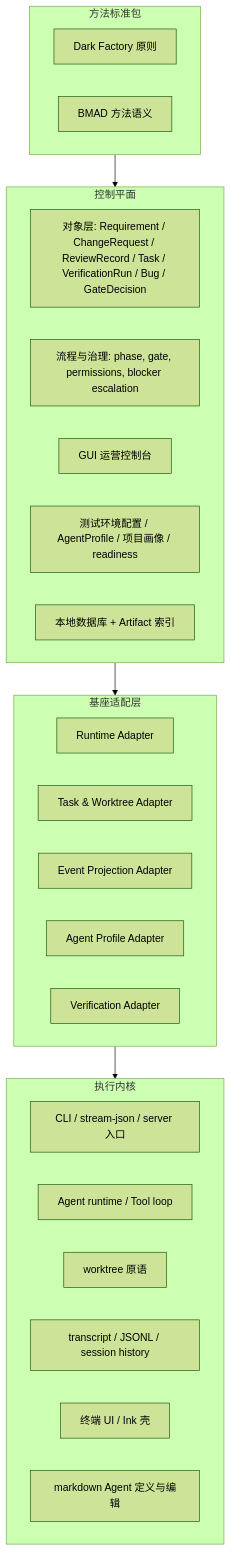
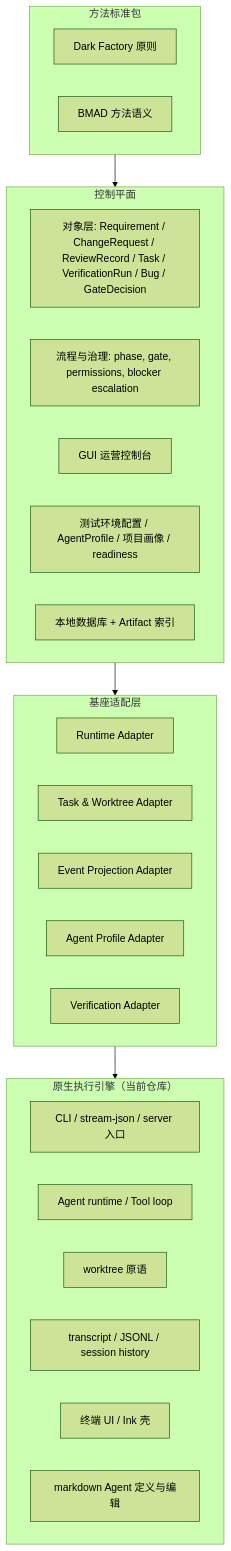
The second of 4 diagrams in docs/acf-blueprint.md (KilimiaoSix/ai-coding-factory), drawn with Mermaid (forest theme) before and after one commit. The commit also changed other lines of this file and 6 other files, not shown here.

````diff
--- a/docs/acf-blueprint.md
+++ b/docs/acf-blueprint.md
@@ -331,36 +335,36 @@
 ```mermaid
 flowchart TB
     subgraph MS["方法标准包"]
       DF["Dark Factory 原则"]
       BM["BMAD 方法语义"]
     end
 
     subgraph CP["控制平面"]
       OBJ["对象层: Requirement / ChangeRequest / ReviewRecord / Task / VerificationRun / Bug / GateDecision"]
       POL["流程与治理: phase, gate, permissions, blocker escalation"]
       GUI["GUI 运营控制台"]
       CFG["测试环境配置 / AgentProfile / 项目画像 / readiness"]
       STORE["本地数据库 + Artifact 索引"]
     end
 
     subgraph AL["基座适配层"]
       RA["Runtime Adapter"]
       TA["Task & Worktree Adapter"]
       EA["Event Projection Adapter"]
       AA["Agent Profile Adapter"]
       VA["Verification Adapter"]
     end
 
-    subgraph EK["执行内核"]
+    subgraph EK["原生执行引擎（当前仓库）"]
       CLI["CLI / stream-json / server 入口"]
       RT["Agent runtime / Tool loop"]
       WT["worktree 原语"]
       TS["transcript / JSONL / session history"]
       UI["终端 UI / Ink 壳"]
       AG["markdown Agent 定义与编辑"]
     end
 
     MS --> CP
     CP --> AL
     AL --> EK
 ```
````
